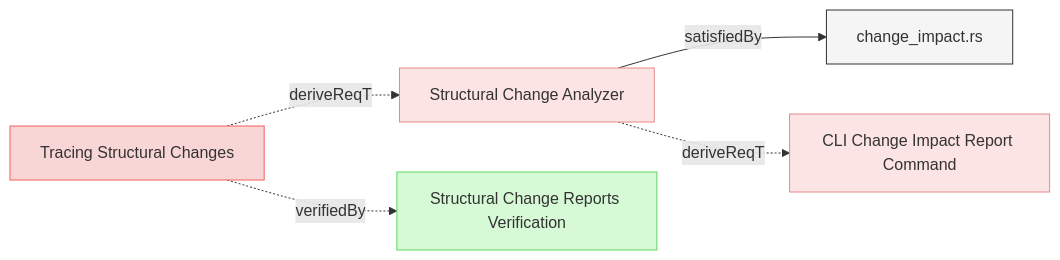
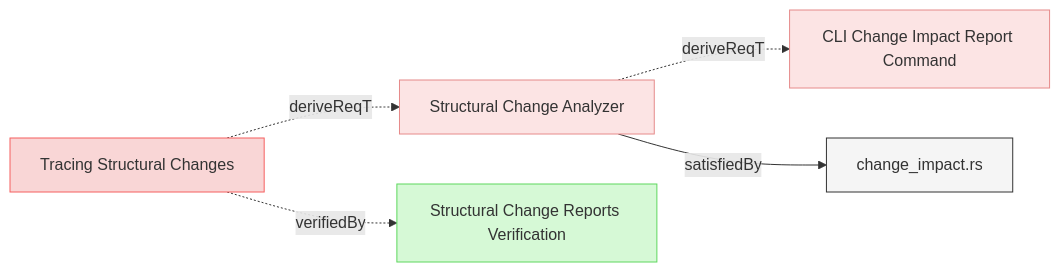
The second of 2 diagrams in specifications/ReqvireTool/ModelManagement/ChangeImpact.md (reqvire-org/reqvire), drawn with Mermaid before and after one commit. The commit also changed other lines of this file and 45 other files, not shown here.

````diff
--- a/specifications/ReqvireTool/ModelManagement/ChangeImpact.md
+++ b/specifications/ReqvireTool/ModelManagement/ChangeImpact.md
@@ -314,29 +314,29 @@
 ```mermaid
 graph LR;
   %% REQVIRE-AUTOGENERATED-DIAGRAM
   %% Graph styling
   classDef userRequirement fill:#f9d6d6,stroke:#f55f5f,stroke-width:1px;
   classDef systemRequirement fill:#fce4e4,stroke:#e68a8a,stroke-width:1px;
   classDef verification fill:#d6f9d6,stroke:#5fd75f,stroke-width:1px;
   classDef default fill:#f5f5f5,stroke:#333333,stroke-width:1px;
 
   8d18a6def935ccdc["Structural Change Analyzer"];
   class 8d18a6def935ccdc systemRequirement;
   click 8d18a6def935ccdc "ChangeImpact.md#structural-change-analyzer";
+  329255589f5b01a2["CLI Change Impact Report Command"];
+  class 329255589f5b01a2 systemRequirement;
+  click 329255589f5b01a2 "../UserInterface/CLI.md#cli-change-impact-report-command";
+  8d18a6def935ccdc -.->|deriveReqT| 329255589f5b01a2;
   4b89dbed94c08c3e["change_impact.rs"];
   class 4b89dbed94c08c3e default;
   click 4b89dbed94c08c3e "../../../core/src/change_impact.rs";
   8d18a6def935ccdc -->|satisfiedBy| 4b89dbed94c08c3e;
-  329255589f5b01a2["CLI Change Impact Report Command"];
-  class 329255589f5b01a2 systemRequirement;
-  click 329255589f5b01a2 "../UserInterface/CLI.md#cli-change-impact-report-command";
-  8d18a6def935ccdc -.->|deriveReqT| 329255589f5b01a2;
   d7b7b13a5b8d96e1["Tracing Structural Changes"];
   class d7b7b13a5b8d96e1 userRequirement;
   click d7b7b13a5b8d96e1 "../../UserRequirements.md#tracing-structural-changes";
   d7b7b13a5b8d96e1 -.->|deriveReqT| 8d18a6def935ccdc;
   b0e8adb6596a35e7["Structural Change Reports Verification"];
   class b0e8adb6596a35e7 verification;
   click b0e8adb6596a35e7 "../../Verifications/ChangeImpactTests.md#structural-change-reports-verification";
   d7b7b13a5b8d96e1 -.->|verifiedBy| b0e8adb6596a35e7;
 ```
````
